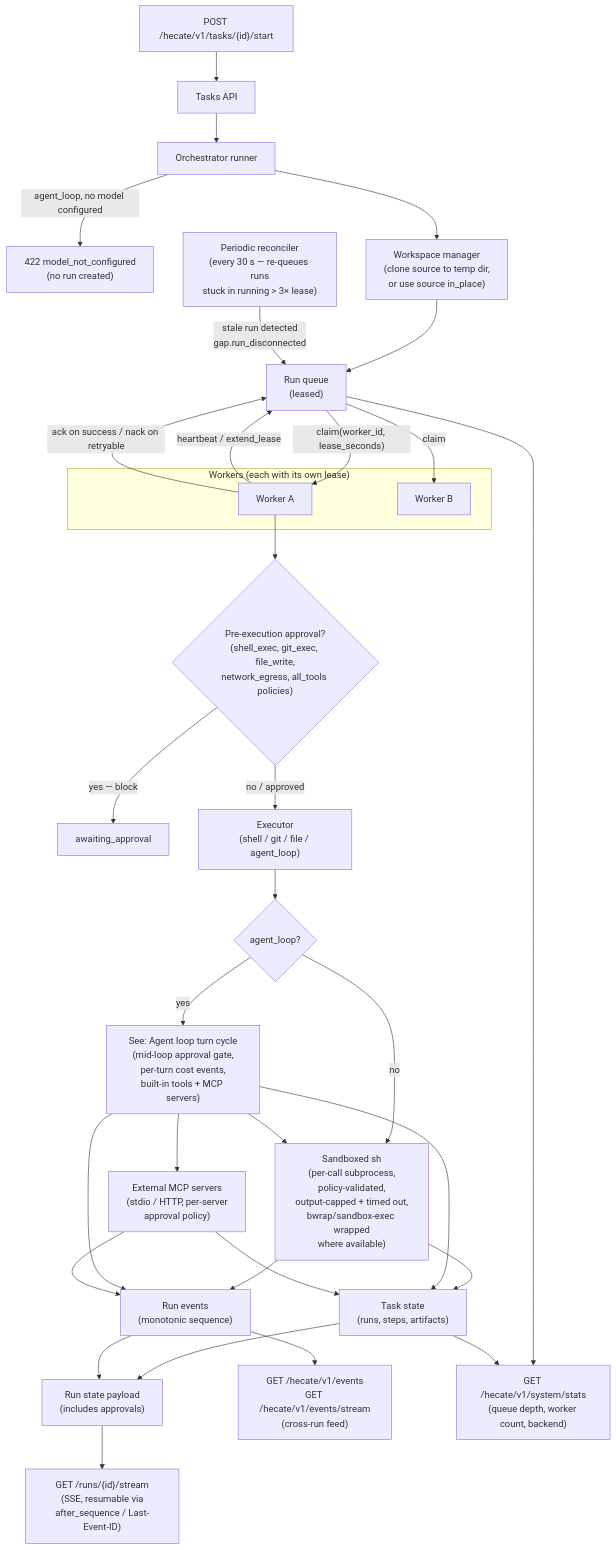
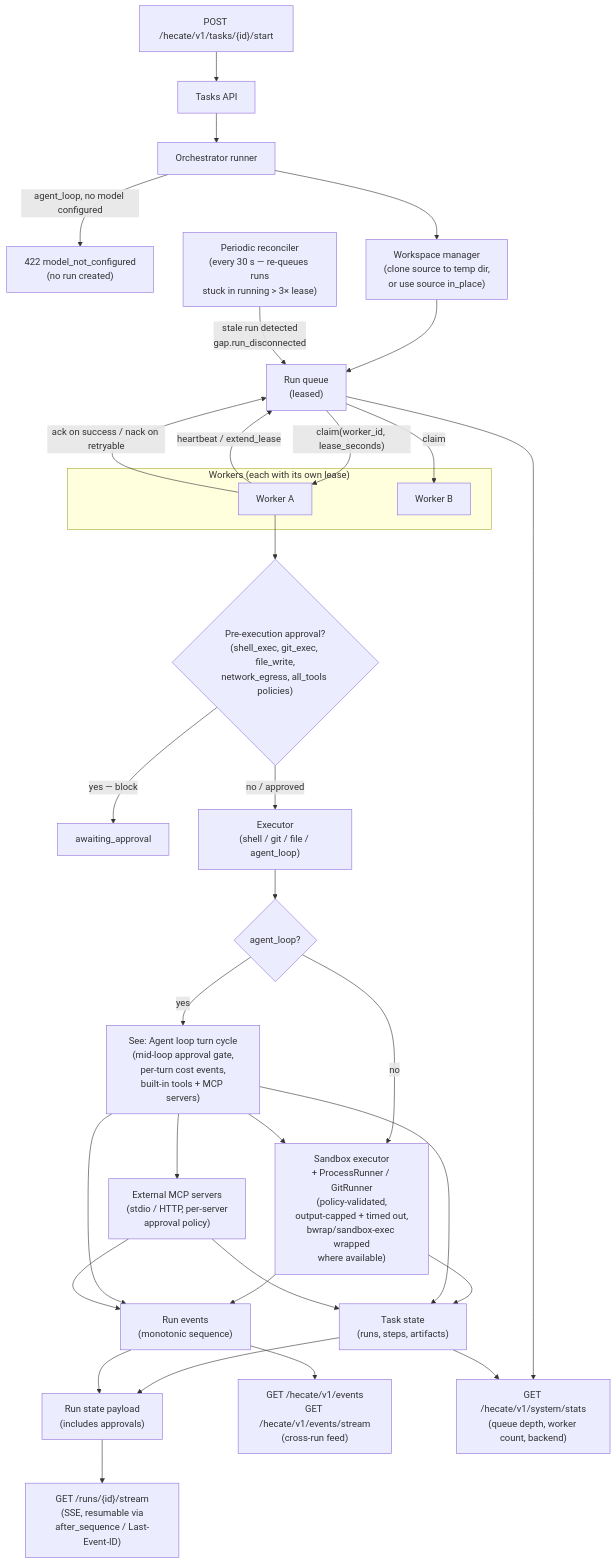
The second of 3 diagrams in docs/architecture.md (hecatehq/hecate), drawn with Mermaid before and after one commit. The commit also changed other lines of this file and 17 other files, not shown here.

````diff
--- a/docs/architecture.md
+++ b/docs/architecture.md
@@ -54,47 +54,47 @@
 ```mermaid
 flowchart TD
     Caller["POST /hecate/v1/tasks/{id}/start"] --> TasksApi["Tasks API"]
     TasksApi --> Runner["Orchestrator runner"]
     Runner -->|"agent_loop, no model configured"| ErrModel["422 model_not_configured<br/>(no run created)"]
     Runner --> Workspace["Workspace manager<br/>(clone source to temp dir,<br/>or use source in_place)"]
     Workspace --> Queue["Run queue<br/>(leased)"]
 
     Reconciler["Periodic reconciler<br/>(every 30 s — re-queues runs<br/>stuck in running > 3× lease)"]
     Reconciler -->|"stale run detected<br/>gap.run_disconnected"| Queue
 
     subgraph Workers["Workers (each with its own lease)"]
         WorkerA["Worker A"]
         WorkerB["Worker B"]
     end
 
     Queue -->|"claim(worker_id, lease_seconds)"| WorkerA
     Queue -->|"claim"| WorkerB
     WorkerA -->|"heartbeat / extend_lease"| Queue
     WorkerA -->|"ack on success / nack on retryable"| Queue
 
     WorkerA --> PreApproval{"Pre-execution approval?<br/>(shell_exec, git_exec, file_write,<br/>network_egress, all_tools policies)"}
     PreApproval -->|"yes — block"| Pending["awaiting_approval"]
     PreApproval -->|"no / approved"| Executor
 
     Executor["Executor<br/>(shell / git / file / agent_loop)"]
     Executor --> AgentLoop{"agent_loop?"}
     AgentLoop -->|"yes"| LoopRef["See: Agent loop turn cycle<br/>(mid-loop approval gate,<br/>per-turn cost events,<br/>built-in tools + MCP servers)"]
-    AgentLoop -->|"no"| Sandbox["Sandboxed sh<br/>(per-call subprocess,<br/>policy-validated,<br/>output-capped + timed out,<br/>bwrap/sandbox-exec wrapped<br/>where available)"]
+    AgentLoop -->|"no"| Sandbox["Sandbox executor<br/>+ ProcessRunner / GitRunner<br/>(policy-validated,<br/>output-capped + timed out,<br/>bwrap/sandbox-exec wrapped<br/>where available)"]
     LoopRef --> Sandbox
     LoopRef --> McpServers["External MCP servers<br/>(stdio / HTTP, per-server<br/>approval policy)"]
 
     Sandbox --> State["Task state<br/>(runs, steps, artifacts)"]
     LoopRef --> State
     McpServers --> State
     Sandbox --> RunEvents["Run events<br/>(monotonic sequence)"]
     LoopRef --> RunEvents
     McpServers --> RunEvents
 
     State --> Snapshot["Run state payload<br/>(includes approvals)"]
     RunEvents --> Snapshot
     Snapshot --> Stream["GET /runs/{id}/stream<br/>(SSE, resumable via<br/>after_sequence / Last-Event-ID)"]
     RunEvents --> PublicEvents["GET /hecate/v1/events<br/>GET /hecate/v1/events/stream<br/>(cross-run feed)"]
 
     Queue --> Stats["GET /hecate/v1/system/stats<br/>(queue depth, worker count, backend)"]
     State --> Stats
 ```
````
